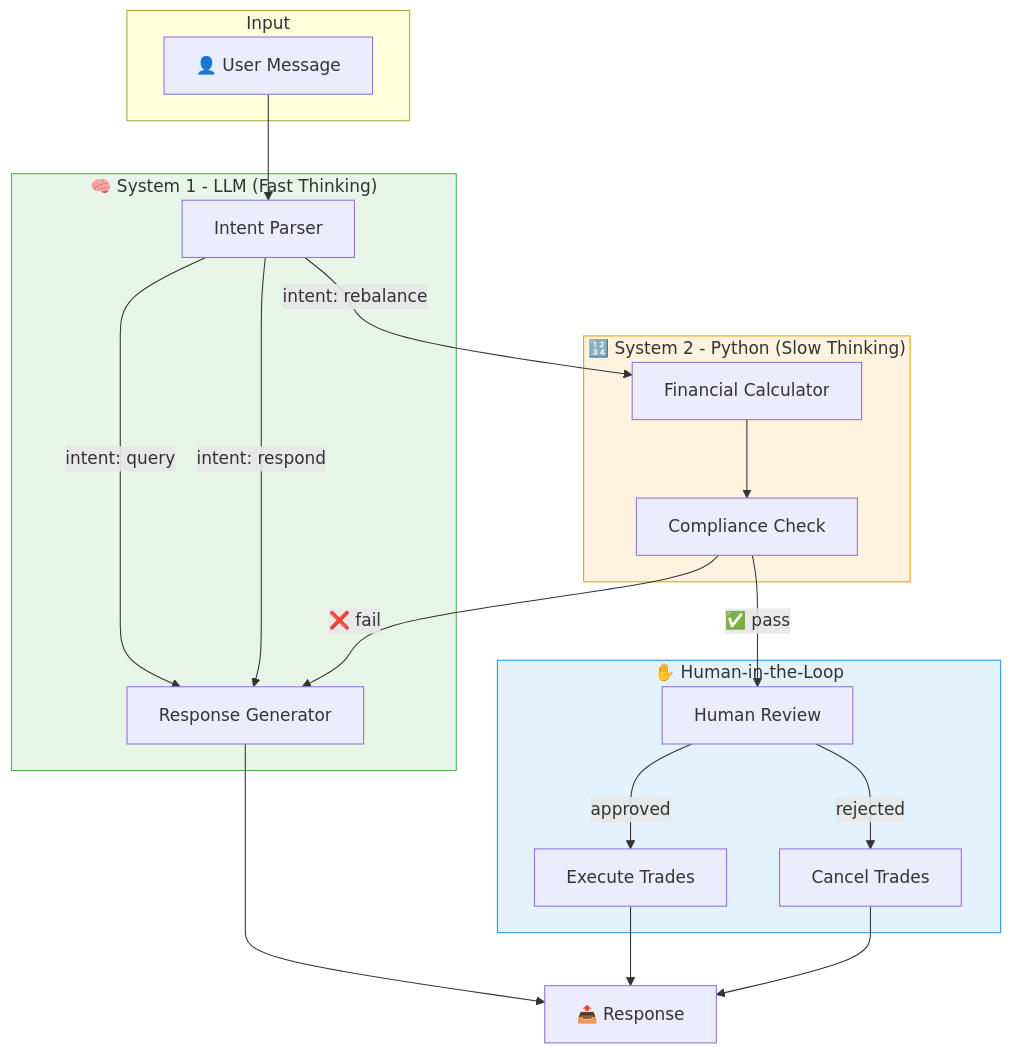
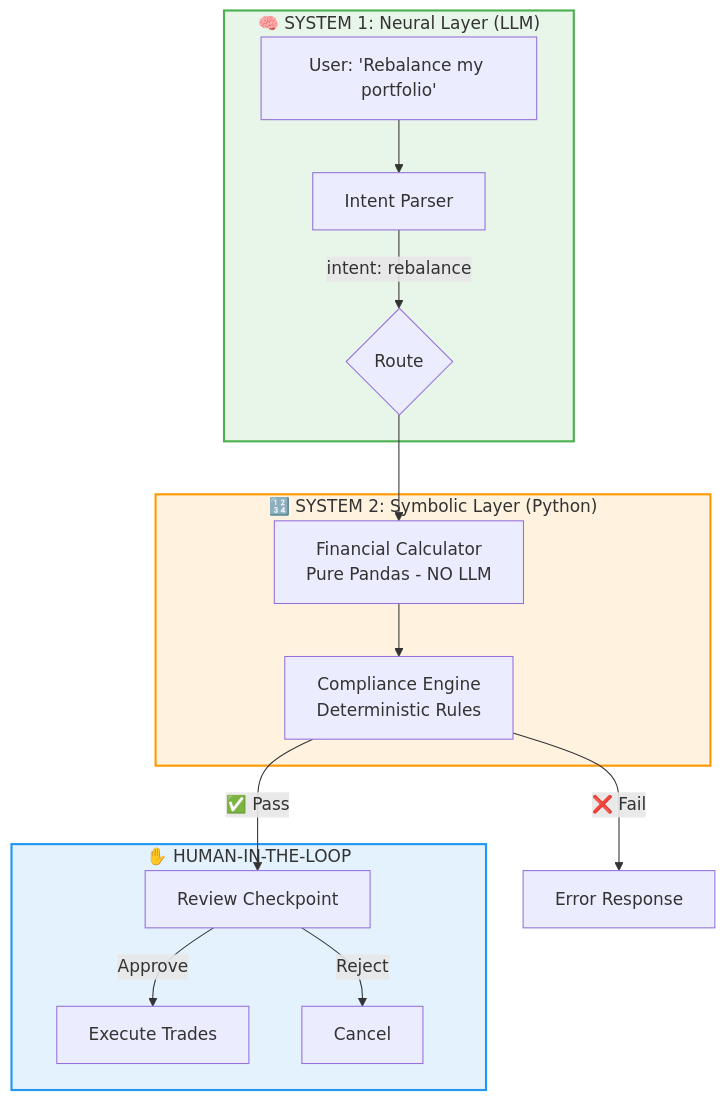
Before and after one commit to hiteshdundi01/CyborgAdvisor: the diagram in README.md, drawn with Mermaid. The commit also changed other lines of this file and 3 other files, not shown here.

````diff
--- a/README.md
+++ b/README.md
@@ -37,39 +88,29 @@
 ```mermaid
 flowchart TB
-    subgraph Input
-        A[👤 User Message]
+    subgraph Neural["🧠 SYSTEM 1: Neural Layer (LLM)"]
+        A[User: 'Rebalance my portfolio'] --> B[Intent Parser]
+        B --> |"intent: rebalance"| C{Route}
     end
     
-    subgraph System1["🧠 System 1 - LLM (Fast Thinking)"]
-        B[Intent Parser]
-        B -->|"intent: query"| C[Response Generator]
-        B -->|"intent: respond"| C
-    end
-    
-    subgraph System2["🔢 System 2 - Python (Slow Thinking)"]
-        D[Financial Calculator]
-        E[Compliance Check]
+    subgraph Symbolic["🔢 SYSTEM 2: Symbolic Layer (Python)"]
+        D[Financial Calculator<br/>Pure Pandas - NO LLM]
+        E[Compliance Engine<br/>Deterministic Rules]
         D --> E
     end
     
-    subgraph HITL["✋ Human-in-the-Loop"]
-        F[Human Review]
+    subgraph Human["✋ HUMAN-IN-THE-LOOP"]
+        F[Review Checkpoint]
         G[Execute Trades]
-        H[Cancel Trades]
+        H[Cancel]
     end
     
-    A --> B
-    B -->|"intent: rebalance"| D
-    E -->|"✅ pass"| F
-    E -->|"❌ fail"| C
-    F -->|"approved"| G
-    F -->|"rejected"| H
+    C --> D
+    E -->|"✅ Pass"| F
+    E -->|"❌ Fail"| I[Error Response]
+    F -->|"Approve"| G
+    F -->|"Reject"| H
     
-    C --> I[📤 Response]
-    G --> I
-    H --> I
-    
-    style System1 fill:#e8f5e9,stroke:#4caf50
-    style System2 fill:#fff3e0,stroke:#ff9800
-    style HITL fill:#e3f2fd,stroke:#2196f3
+    style Neural fill:#e8f5e9,stroke:#4caf50,stroke-width:2px
+    style Symbolic fill:#fff3e0,stroke:#ff9800,stroke-width:2px
+    style Human fill:#e3f2fd,stroke:#2196f3,stroke-width:2px
 ```
````
